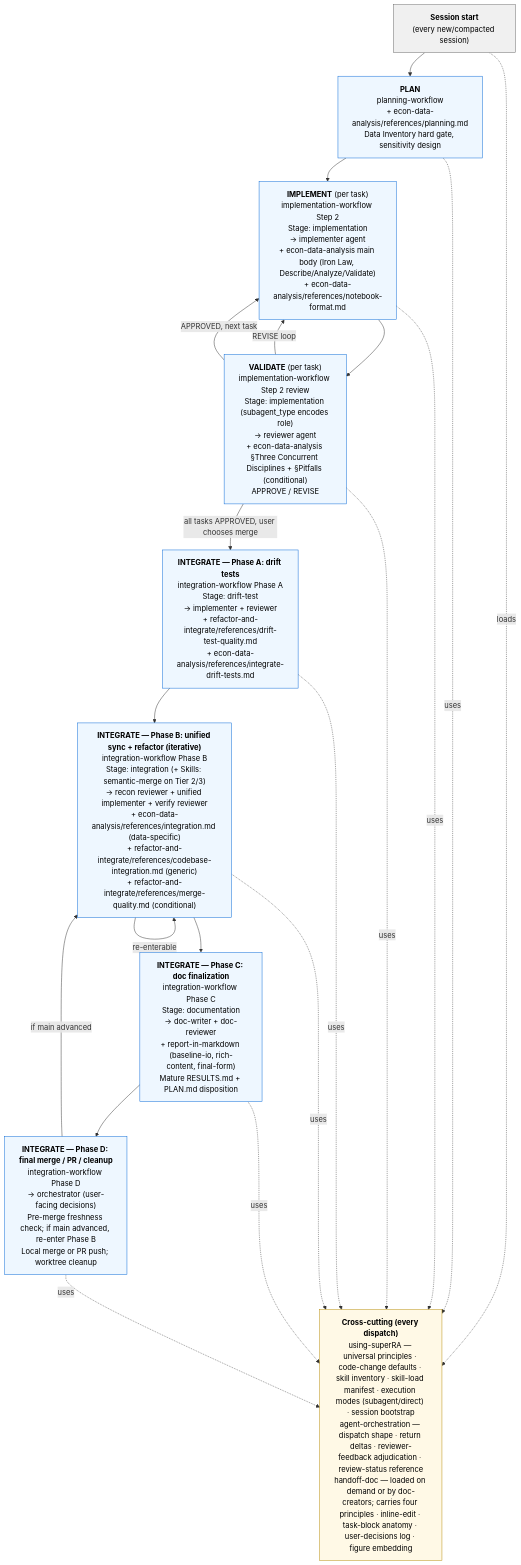
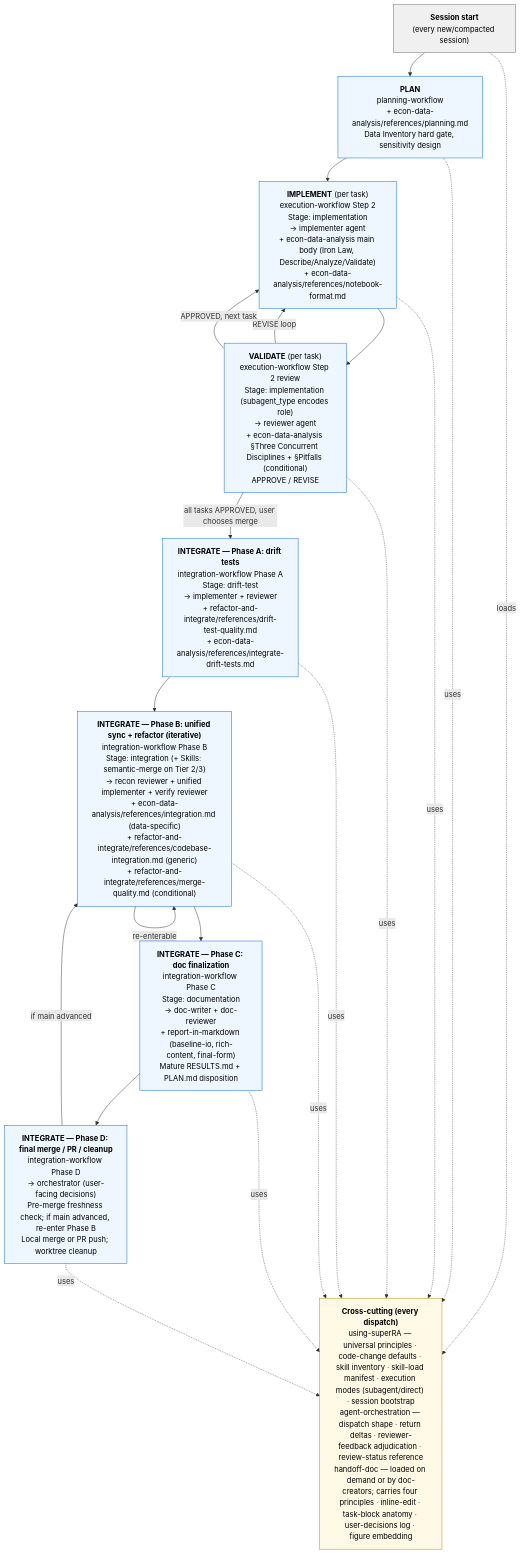
One commit to FuZhiyu/superRA changed the diagram in README.md. Above: the diagram before and after it, drawn with Mermaid. The commit also changed other lines of this file and 95 other files, not shown here.

First line of the commit message:
Revert "merge main into domain/writing-skills: absorb workflow and Codex updates"

````diff
--- a/README.md
+++ b/README.md
@@ -50,47 +50,47 @@
 ```mermaid
 flowchart TB
     SESSION["<b>Session start</b><br/>(every new/compacted session)"]
     SESSION --> PLAN
 
     PLAN["<b>PLAN</b><br/>planning-workflow<br/>+ econ-data-analysis/references/planning.md<br/>Data Inventory hard gate, sensitivity design"]
     PLAN --> IMPL
 
-    IMPL["<b>IMPLEMENT</b> (per task)<br/>implementation-workflow Step 2<br/>Stage: implementation<br/>→ implementer agent<br/>+ econ-data-analysis main body (Iron Law, Describe/Analyze/Validate)<br/>+ econ-data-analysis/references/notebook-format.md"]
+    IMPL["<b>IMPLEMENT</b> (per task)<br/>execution-workflow Step 2<br/>Stage: implementation<br/>→ implementer agent<br/>+ econ-data-analysis main body (Iron Law, Describe/Analyze/Validate)<br/>+ econ-data-analysis/references/notebook-format.md"]
     IMPL --> VAL
 
-    VAL["<b>VALIDATE</b> (per task)<br/>implementation-workflow Step 2 review<br/>Stage: implementation (subagent_type encodes role)<br/>→ reviewer agent<br/>+ econ-data-analysis §Three Concurrent Disciplines + §Pitfalls (conditional)<br/>APPROVE / REVISE"]
+    VAL["<b>VALIDATE</b> (per task)<br/>execution-workflow Step 2 review<br/>Stage: implementation (subagent_type encodes role)<br/>→ reviewer agent<br/>+ econ-data-analysis §Three Concurrent Disciplines + §Pitfalls (conditional)<br/>APPROVE / REVISE"]
     VAL -->|REVISE loop| IMPL
     VAL -->|APPROVED, next task| IMPL
     VAL -->|all tasks APPROVED, user chooses merge| INT1
 
     INT1["<b>INTEGRATE — Phase A: drift tests</b><br/>integration-workflow Phase A<br/>Stage: drift-test<br/>→ implementer + reviewer<br/>+ refactor-and-integrate/references/drift-test-quality.md<br/>+ econ-data-analysis/references/integrate-drift-tests.md"]
     INT1 --> INT2
 
     INT2["<b>INTEGRATE — Phase B: unified sync + refactor (iterative)</b><br/>integration-workflow Phase B<br/>Stage: integration (+ Skills: semantic-merge on Tier 2/3)<br/>→ recon reviewer + unified implementer + verify reviewer<br/>+ econ-data-analysis/references/integration.md (data-specific)<br/>+ refactor-and-integrate/references/codebase-integration.md (generic)<br/>+ refactor-and-integrate/references/merge-quality.md (conditional)"]
     INT2 --> INT3
     INT2 -->|re-enterable| INT2
 
     INT3["<b>INTEGRATE — Phase C: doc finalization</b><br/>integration-workflow Phase C<br/>Stage: documentation<br/>→ doc-writer + doc-reviewer<br/>+ report-in-markdown (baseline-io, rich-content, final-form)<br/>Mature RESULTS.md + PLAN.md disposition"]
     INT3 --> MERGE
 
     MERGE["<b>INTEGRATE — Phase D: final merge / PR / cleanup</b><br/>integration-workflow Phase D<br/>→ orchestrator (user-facing decisions)<br/>Pre-merge freshness check; if main advanced, re-enter Phase B<br/>Local merge or PR push; worktree cleanup"]
     MERGE -->|if main advanced| INT2
 
     CROSS["<b>Cross-cutting (every dispatch)</b><br/>using-superRA — universal principles · code-change defaults · skill inventory · skill-load manifest · execution modes (subagent/direct) · session bootstrap<br/>agent-orchestration — dispatch shape · return deltas · reviewer-feedback adjudication · review-status reference<br/>handoff-doc — loaded on demand or by doc-creators; carries four principles · inline-edit · task-block anatomy · user-decisions log · figure embedding"]
 
     SESSION -.loads.-> CROSS
     PLAN -.uses.-> CROSS
     IMPL -.uses.-> CROSS
     VAL -.uses.-> CROSS
     INT1 -.uses.-> CROSS
     INT2 -.uses.-> CROSS
     INT3 -.uses.-> CROSS
     MERGE -.uses.-> CROSS
 
     classDef phase fill:#eef7ff,stroke:#0366d6,stroke-width:1px,color:#000
     classDef cross fill:#fff9e6,stroke:#b58900,stroke-width:1px,color:#000
     classDef session fill:#f0f0f0,stroke:#666,color:#000
     class PLAN,IMPL,VAL,INT1,INT2,INT3,MERGE phase
     class CROSS cross
     class SESSION session
 ```
````
